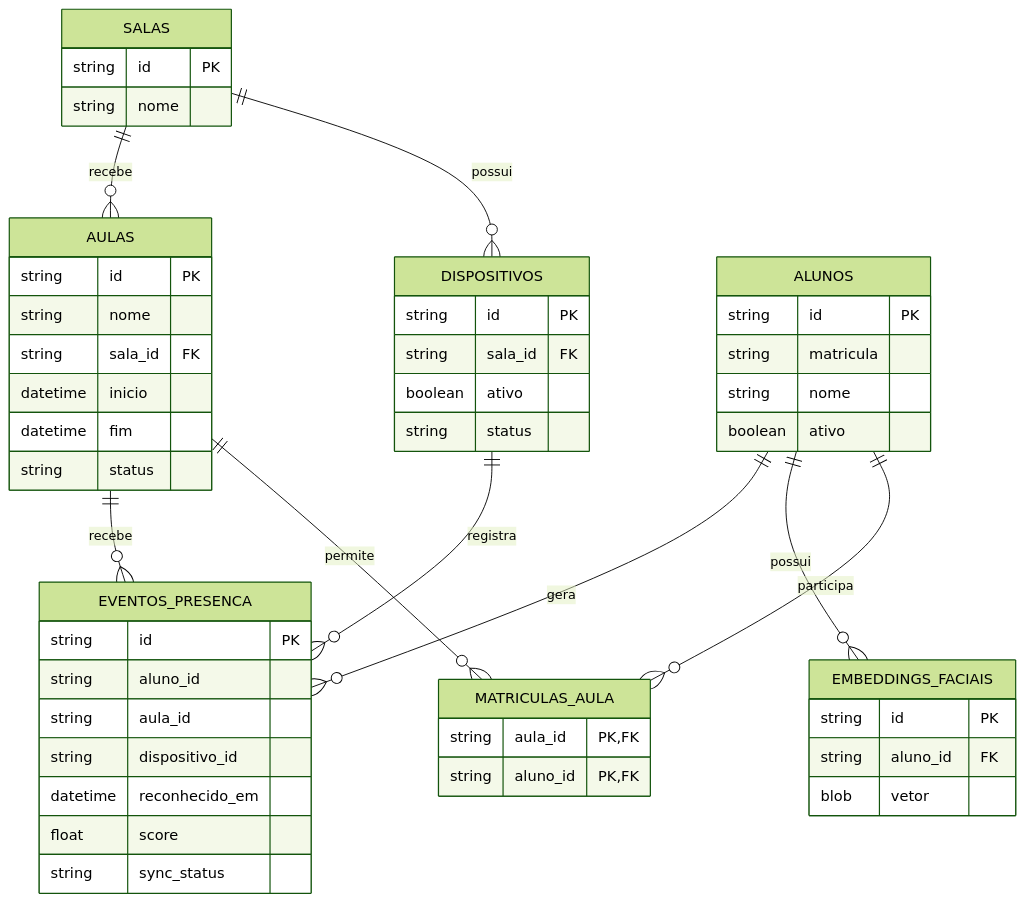
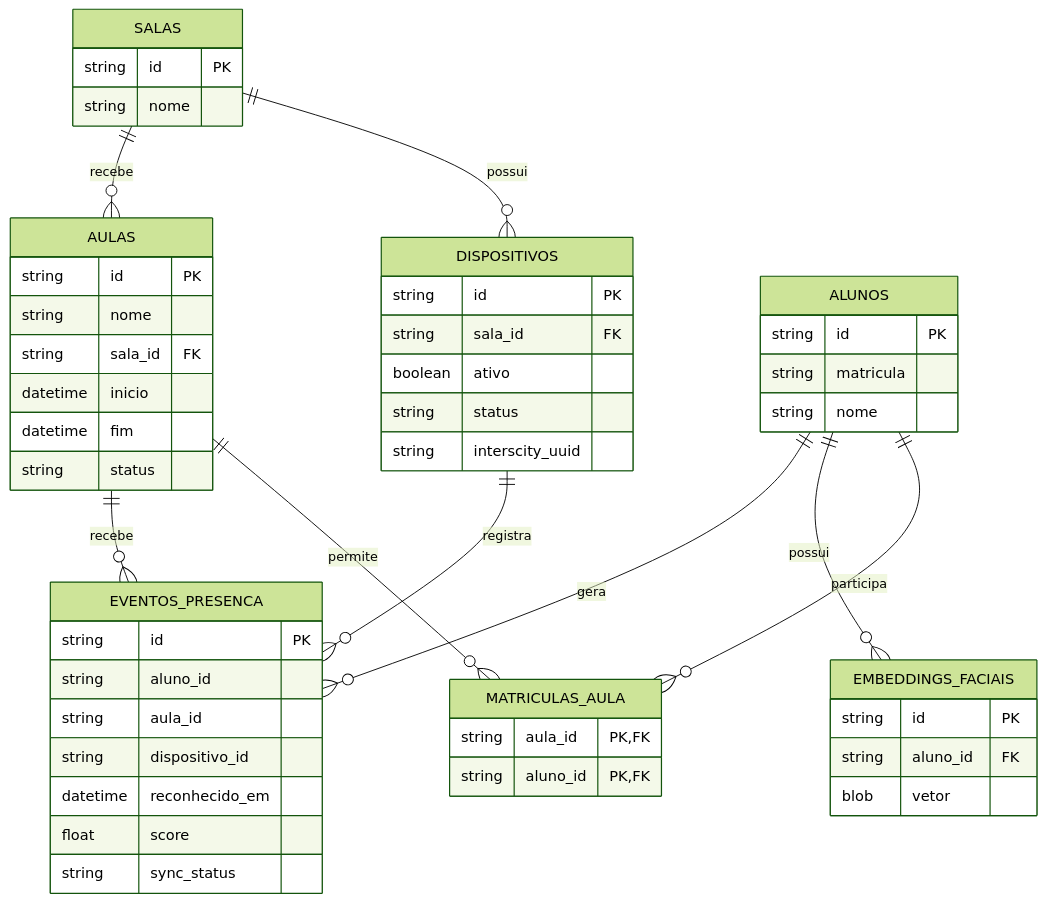
One commit to DanielKGM/autoponto-edgenode changed the second of 5 diagrams in README.md. Above: the diagram before and after it, drawn with Mermaid (forest theme). The commit also changed other lines of this file and 14 other files, not shown here.

````diff
--- a/README.md
+++ b/README.md
@@ -54,54 +57,54 @@
 ```mermaid
 erDiagram
   SALAS ||--o{ DISPOSITIVOS : possui
   SALAS ||--o{ AULAS : recebe
   AULAS ||--o{ MATRICULAS_AULA : permite
   ALUNOS ||--o{ MATRICULAS_AULA : participa
   ALUNOS ||--o{ EMBEDDINGS_FACIAIS : possui
   ALUNOS ||--o{ EVENTOS_PRESENCA : gera
   AULAS ||--o{ EVENTOS_PRESENCA : recebe
   DISPOSITIVOS ||--o{ EVENTOS_PRESENCA : registra
 
   SALAS {
     string id PK
     string nome
   }
   DISPOSITIVOS {
     string id PK
     string sala_id FK
     boolean ativo
     string status
+    string interscity_uuid
   }
   AULAS {
     string id PK
     string nome
     string sala_id FK
     datetime inicio
     datetime fim
     string status
   }
   ALUNOS {
     string id PK
     string matricula
     string nome
-    boolean ativo
   }
   MATRICULAS_AULA {
     string aula_id PK,FK
     string aluno_id PK,FK
   }
   EMBEDDINGS_FACIAIS {
     string id PK
     string aluno_id FK
     blob vetor
   }
   EVENTOS_PRESENCA {
     string id PK
     string aluno_id
     string aula_id
     string dispositivo_id
     datetime reconhecido_em
     float score
     string sync_status
   }
 ```
````
